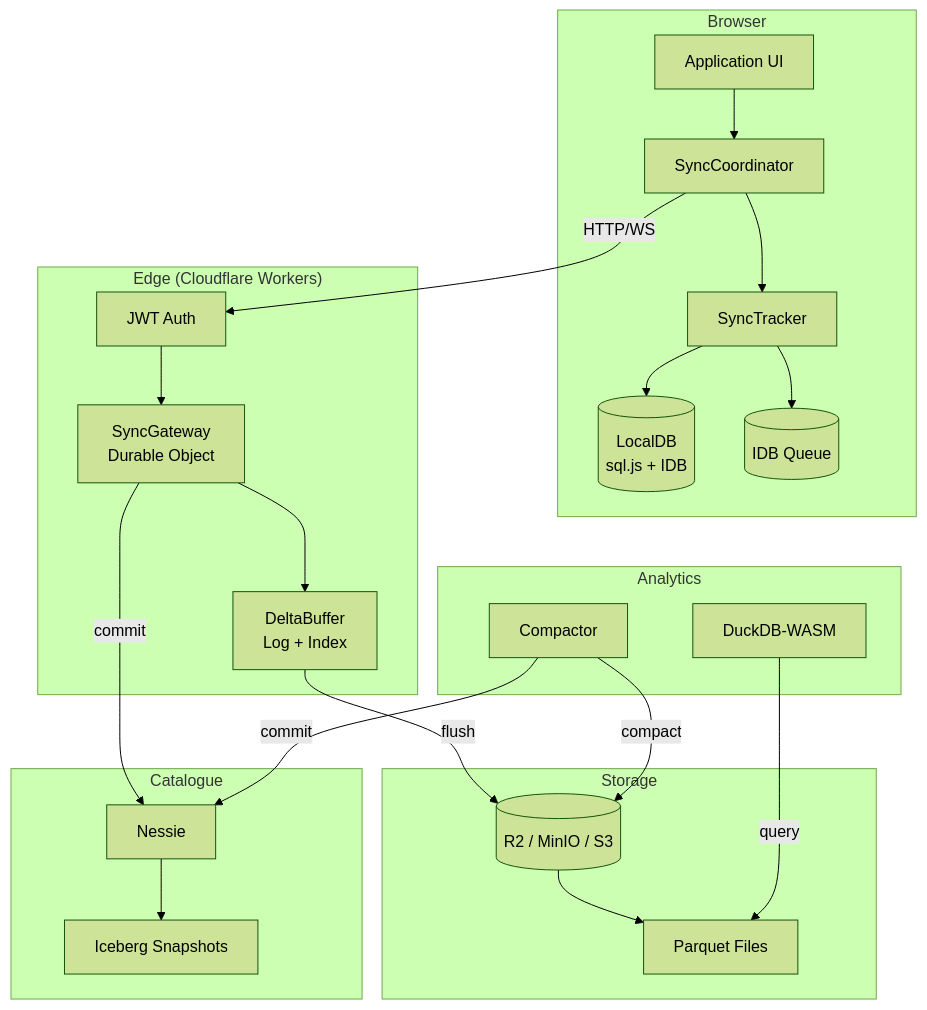
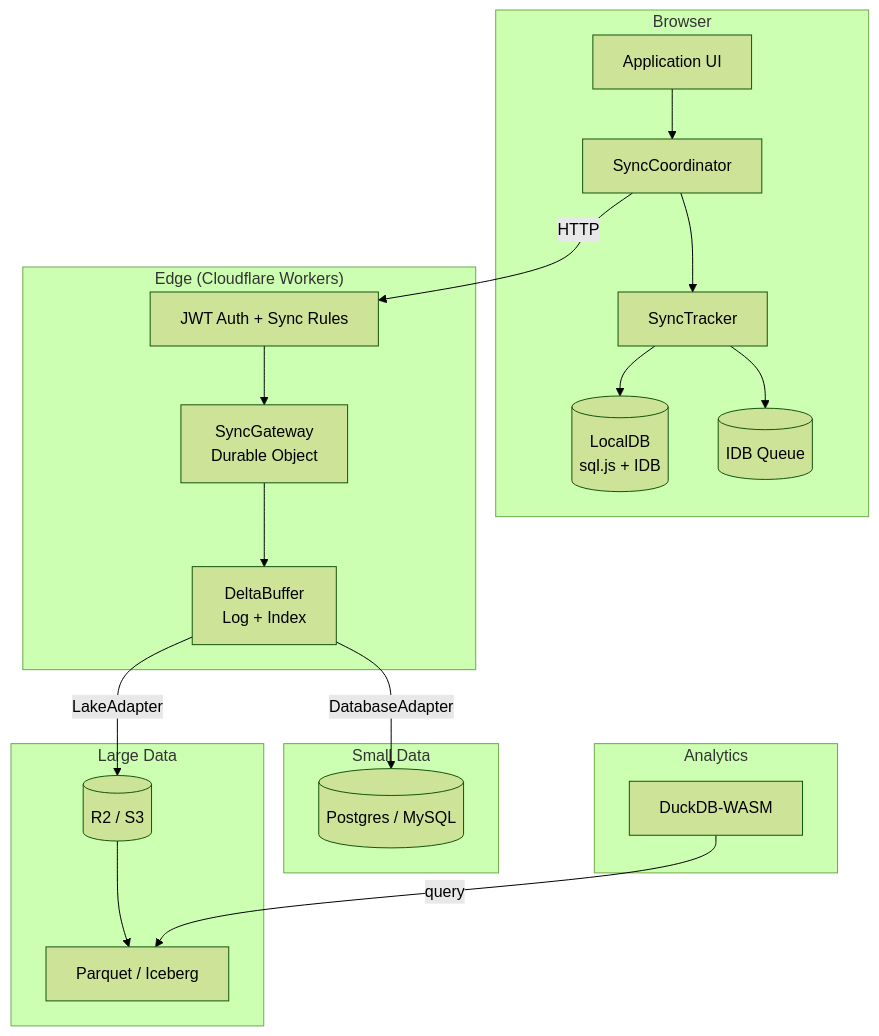
Before and after one commit to radekdymacz/lakesync: the fourth of 4 diagrams in README.md, drawn with Mermaid (forest theme). The commit also changed other lines of this file and 1 other file, not shown here.

````diff
--- a/README.md
+++ b/README.md
@@ -104,46 +198,41 @@
 ```mermaid
 graph TB
     subgraph "Browser"
         UI[Application UI]
         SC[SyncCoordinator]
         ST[SyncTracker]
         DB[(LocalDB<br/>sql.js + IDB)]
         Q[(IDB Queue)]
     end
 
     subgraph "Edge (Cloudflare Workers)"
         GW[SyncGateway<br/>Durable Object]
         BUF[DeltaBuffer<br/>Log + Index]
-        AUTH[JWT Auth]
+        AUTH[JWT Auth + Sync Rules]
     end
 
-    subgraph "Storage"
-        R2[(R2 / MinIO / S3)]
-        PQ[Parquet Files]
+    subgraph "Small Data"
+        PG[(Postgres / MySQL)]
     end
 
-    subgraph "Catalogue"
-        NS[Nessie]
-        ICE[Iceberg Snapshots]
+    subgraph "Large Data"
+        R2[(R2 / S3)]
+        PQ[Parquet / Iceberg]
     end
 
     subgraph "Analytics"
-        CMP[Compactor]
         DDB[DuckDB-WASM]
     end
 
     UI --> SC
     SC --> ST
     ST --> DB
     ST --> Q
-    SC -->|HTTP/WS| AUTH
+    SC -->|HTTP| AUTH
     AUTH --> GW
     GW --> BUF
-    BUF -->|flush| R2
+    BUF -->|DatabaseAdapter| PG
+    BUF -->|LakeAdapter| R2
     R2 --> PQ
-    GW -->|commit| NS
-    NS --> ICE
-    CMP -->|compact| R2
-    CMP -->|commit| NS
     DDB -->|query| PQ
 ```
````
